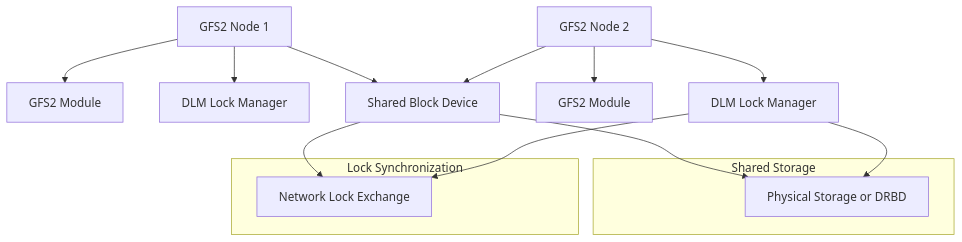
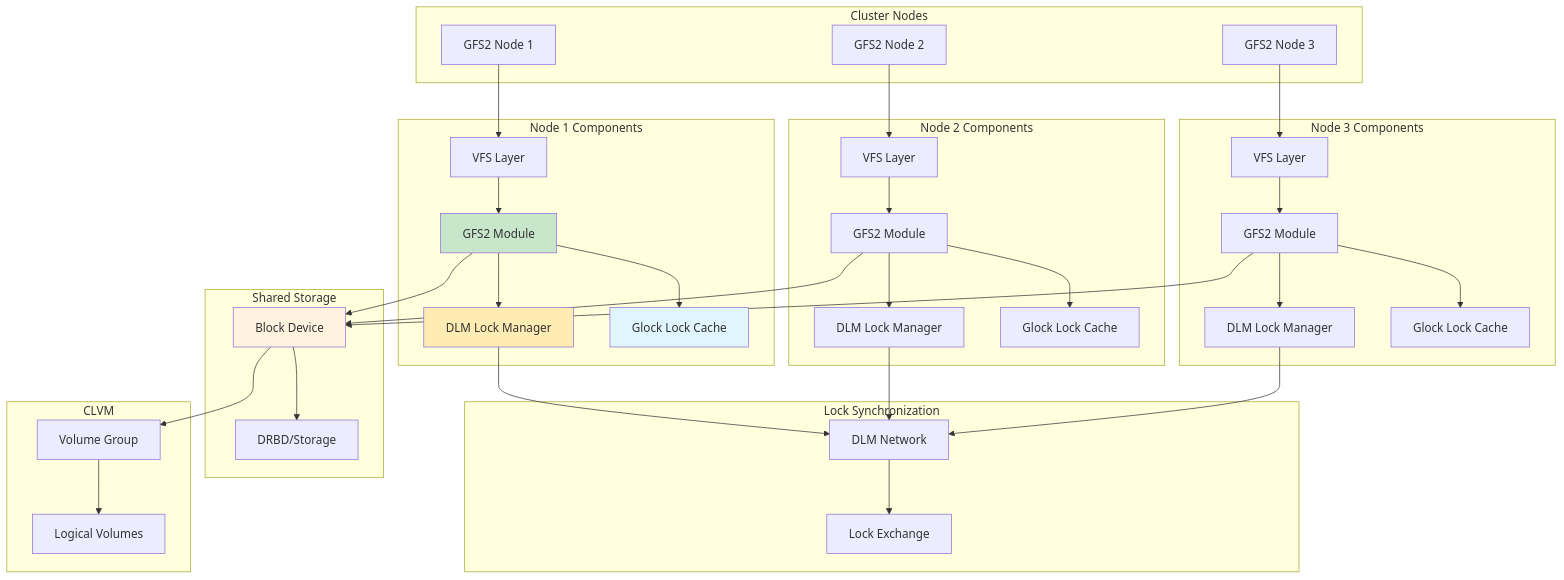
One commit to CrakA2/Linux_HA changed the first of 3 diagrams in docs/storage/gfs2.md. Above: the diagram before and after it, drawn with Mermaid. The commit also changed other lines of this file and 11 other files, not shown here.

````diff
--- a/docs/storage/gfs2.md
+++ b/docs/storage/gfs2.md
@@ -7,23 +7,79 @@
 ```mermaid
 graph TB
-    A[GFS2 Node 1] --> B[GFS2 Module]
-    A --> C[DLM Lock Manager]
-    A --> D[Shared Block Device]
+    subgraph "Cluster Nodes"
+        A[GFS2 Node 1]
+        B[GFS2 Node 2]
+        C[GFS2 Node 3]
+    end
     
-    E[GFS2 Node 2] --> F[GFS2 Module]
-    E --> G[DLM Lock Manager]
-    E --> D
+    subgraph "Node 1 Components"
+        A1[VFS Layer]
+        A2[GFS2 Module]
+        A3[DLM Lock Manager]
+        A4[Glock Lock Cache]
+    end
+    
+    subgraph "Node 2 Components"
+        B1[VFS Layer]
+        B2[GFS2 Module]
+        B3[DLM Lock Manager]
+        B4[Glock Lock Cache]
+    end
+    
+    subgraph "Node 3 Components"
+        C1[VFS Layer]
+        C2[GFS2 Module]
+        C3[DLM Lock Manager]
+        C4[Glock Lock Cache]
+    end
     
     subgraph "Shared Storage"
-        H[Physical Storage or DRBD]
+        D[Block Device]
+        E[DRBD/Storage]
     end
     
     subgraph "Lock Synchronization"
-        I[Network Lock Exchange]
-        end
+        F[DLM Network]
+        G[Lock Exchange]
+    end
+    
+    subgraph "CLVM"
+        H[Volume Group]
+        I[Logical Volumes]
+    end
+    
+    A --> A1
+    A1 --> A2
+    A2 --> A3
+    A2 --> A4
+    
+    B --> B1
+    B1 --> B2
+    B2 --> B3
+    B2 --> B4
+    
+    C --> C1
+    C1 --> C2
+    C2 --> C3
+    C2 --> C4
+    
+    A2 --> D
+    B2 --> D
+    C2 --> D
+    
+    D --> E
+    
+    A3 --> F
+    B3 --> F
+    C3 --> F
+    
+    F --> G
     
     D --> H
-    G --> H
-    D --> I
-    G --> I
+    H --> I
+    
+    style A2 fill:#c8e6c9
+    style A3 fill:#ffecb3
+    style A4 fill:#e1f5ff
+    style D fill:#fff3e0
 ```
````
